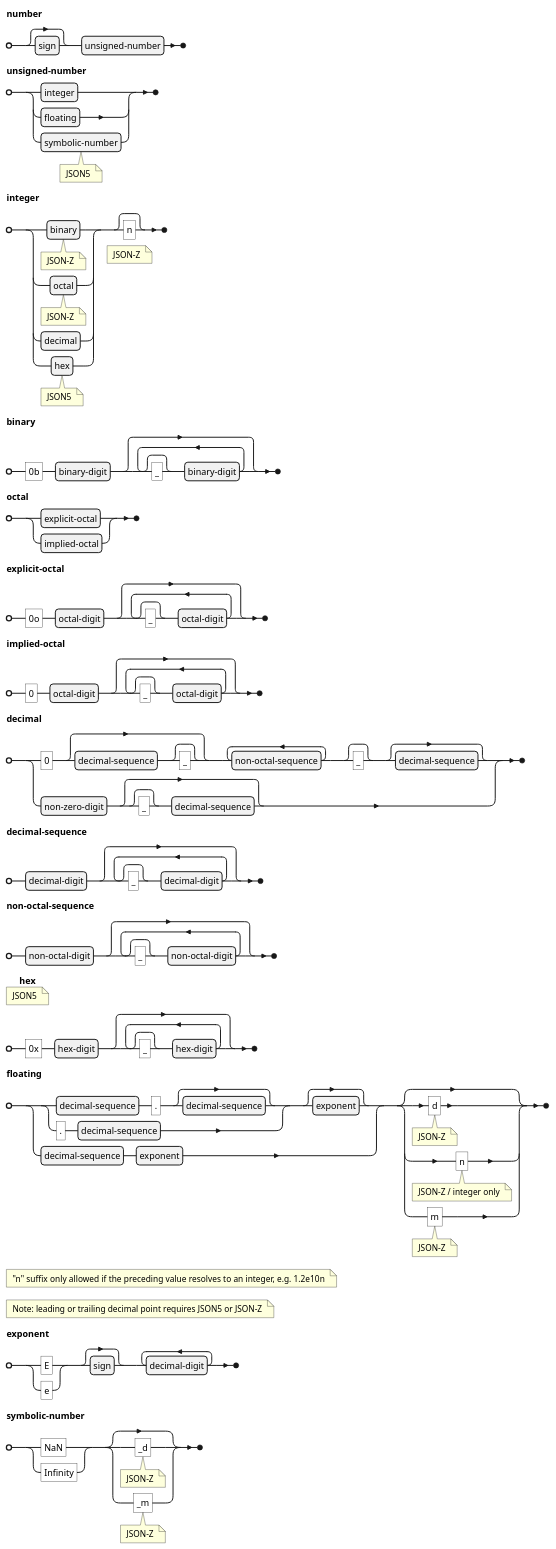
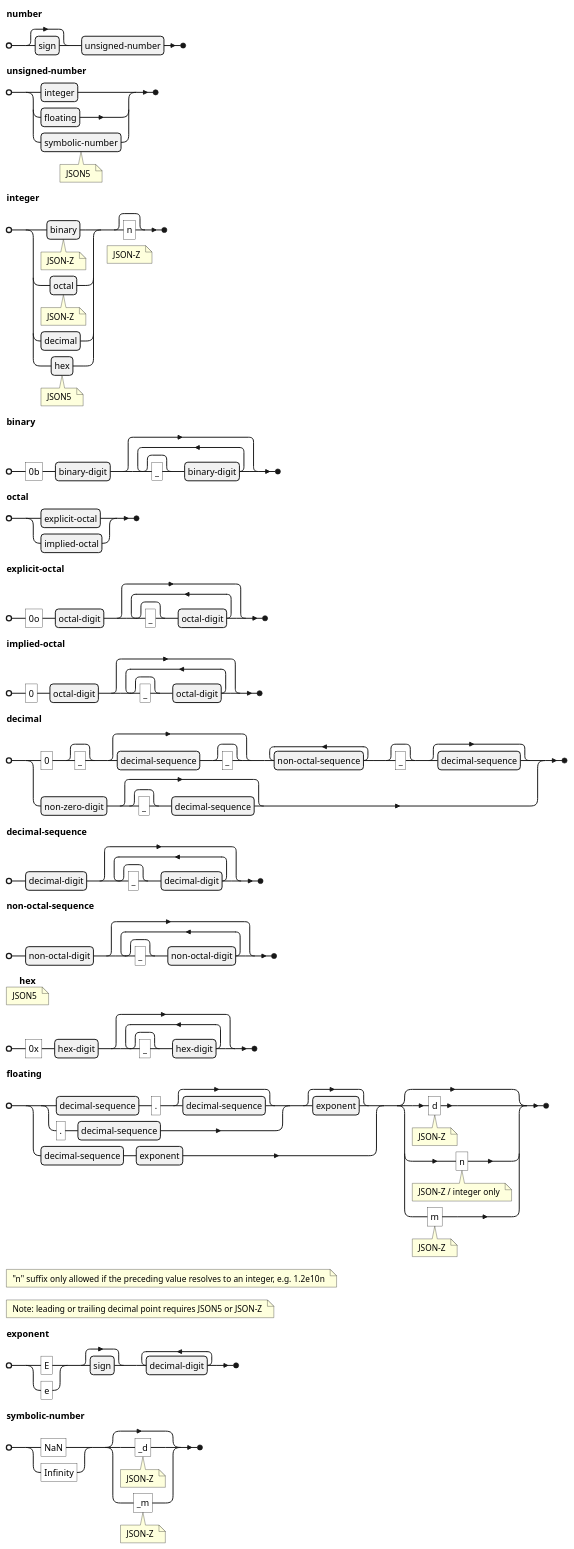
The third of 7 diagrams in GRAMMAR.md (kshetline/json-z), drawn with PlantUML before and after one commit. The commit also changed other lines of this file and 13 other files, not shown here.

````diff
--- a/GRAMMAR.md
+++ b/GRAMMAR.md
@@ -93,37 +93,37 @@
 ```plantuml
 @startebnf
 
 number = [sign], unsigned-number ;
 
 unsigned-number = integer | floating | symbolic-number (* JSON5 *) ;
 
 integer = ( binary (* JSON-Z *) | octal (* JSON-Z *) | decimal | hex (* JSON5 *) ), [ "n" ] (* JSON-Z *) ;
 
 binary = "0b", binary-digit, { [ "_" ], binary-digit } ;
 
 octal = explicit-octal | implied-octal ;
 
 explicit-octal = "0o", octal-digit, { [ "_" ], octal-digit } ;
 
 implied-octal = "0", octal-digit, { [ "_" ], octal-digit } ;
 
-decimal = "0", [ decimal-sequence, [ "_" ] ], { non-octal-sequence }-, [ "_" ], [ decimal-sequence ] | non-zero-digit, [ [ "_" ], decimal-sequence ] ;
+decimal = "0",  [ "_" ], [ decimal-sequence, [ "_" ] ], { non-octal-sequence }-, [ "_" ], [ decimal-sequence ] | non-zero-digit, [ [ "_" ], decimal-sequence ] ;
 
 decimal-sequence = decimal-digit, { [ "_" ], decimal-digit } ;
 
 non-octal-sequence = non-octal-digit, { [ "_" ], non-octal-digit } ;
 
 hex (* JSON5 *) = "0x", hex-digit, { [ "_" ], hex-digit } ;
 
 floating = ( ( ( decimal-sequence, ".", [ decimal-sequence ] | ".", decimal-sequence ), [ exponent ] ) | decimal-sequence, exponent ), [ "d" (* JSON-Z *) | "n" (* JSON-Z / integer only *) | "m" (* JSON-Z *) ] ;
 
 (* "n" suffix only allowed if the preceding value resolves to an integer, e.g. 1.2e10n *)
 
 (* Note: leading or trailing decimal point requires JSON5 or JSON-Z *)
 
 exponent = ("E" | 'e'), [ sign ], { decimal-digit }- ;
 
 symbolic-number = ("NaN" | "Infinity"), [ "_d" (* JSON-Z *) | "_m" (* JSON-Z *) ] ;
 
 @endebnf
 ```
````
